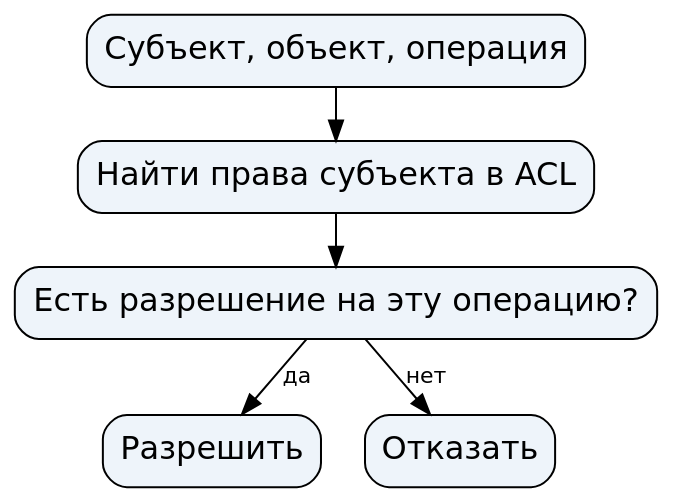
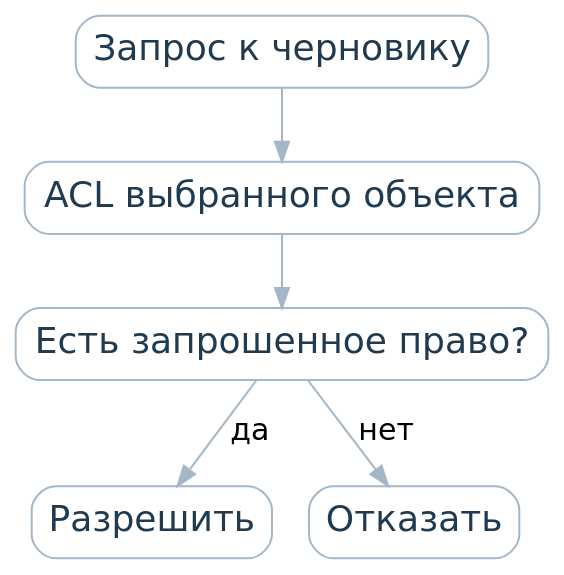
The diagram in shared/visualizations/access-control/dac/graphs/algorithm.dot (BSU-RFCT-Afonenko-Courses/Cybersecurity), drawn with Graphviz before and after one commit. The commit also changed 55 other files, not shown here.

```diff
--- a/shared/visualizations/access-control/dac/graphs/algorithm.dot
+++ b/shared/visualizations/access-control/dac/graphs/algorithm.dot
@@ -1,14 +1,8 @@
-digraph G {
- graph [rankdir=TB, ranksep=0.35, nodesep=0.3, bgcolor="transparent", pad="0.2", splines=polyline];
- node [shape=box, style="rounded,filled", fillcolor="#eef4fa", fontname="DejaVu Sans", fontsize=16];
- edge [fontname="DejaVu Sans", fontsize=11];
- "request" [id="request", label="Субъект, объект, операция"];
- "acl" [id="acl", label="Найти права субъекта в ACL"];
- "operation" [id="operation", label="Есть разрешение на эту операцию?"];
- "allow" [id="allow", label="Разрешить"];
- "deny" [id="deny", label="Отказать"];
- "request" -> "acl" [label=""];
- "acl" -> "operation" [label=""];
- "operation" -> "allow" [label="да"];
- "operation" -> "deny" [label="нет"];
+digraph policy { graph [rankdir=TB,bgcolor="transparent",pad="0.15",ranksep="0.5"]; node [shape=box,style="rounded,filled",fillcolor="white",fontname="DejaVu Sans",fontsize=18,color="#a4b7c8",fontcolor="#203b50"]; edge [fontname="DejaVu Sans",fontsize=15,color="#a4b7c8"];
+request [id="request",label="Запрос к черновику"];
+acl [id="acl",label="ACL выбранного объекта"];
+operation [id="operation",label="Есть запрошенное право?",shape=box];
+allow [id="allow",label="Разрешить"];deny [id="deny",label="Отказать"];
+request -> acl -> operation;
+operation -> allow [label="да"];operation -> deny [label="нет"];
 }
```
